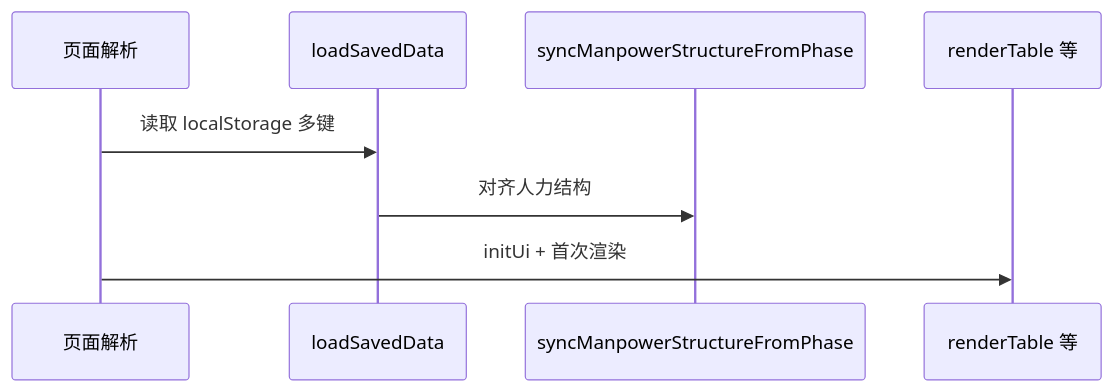
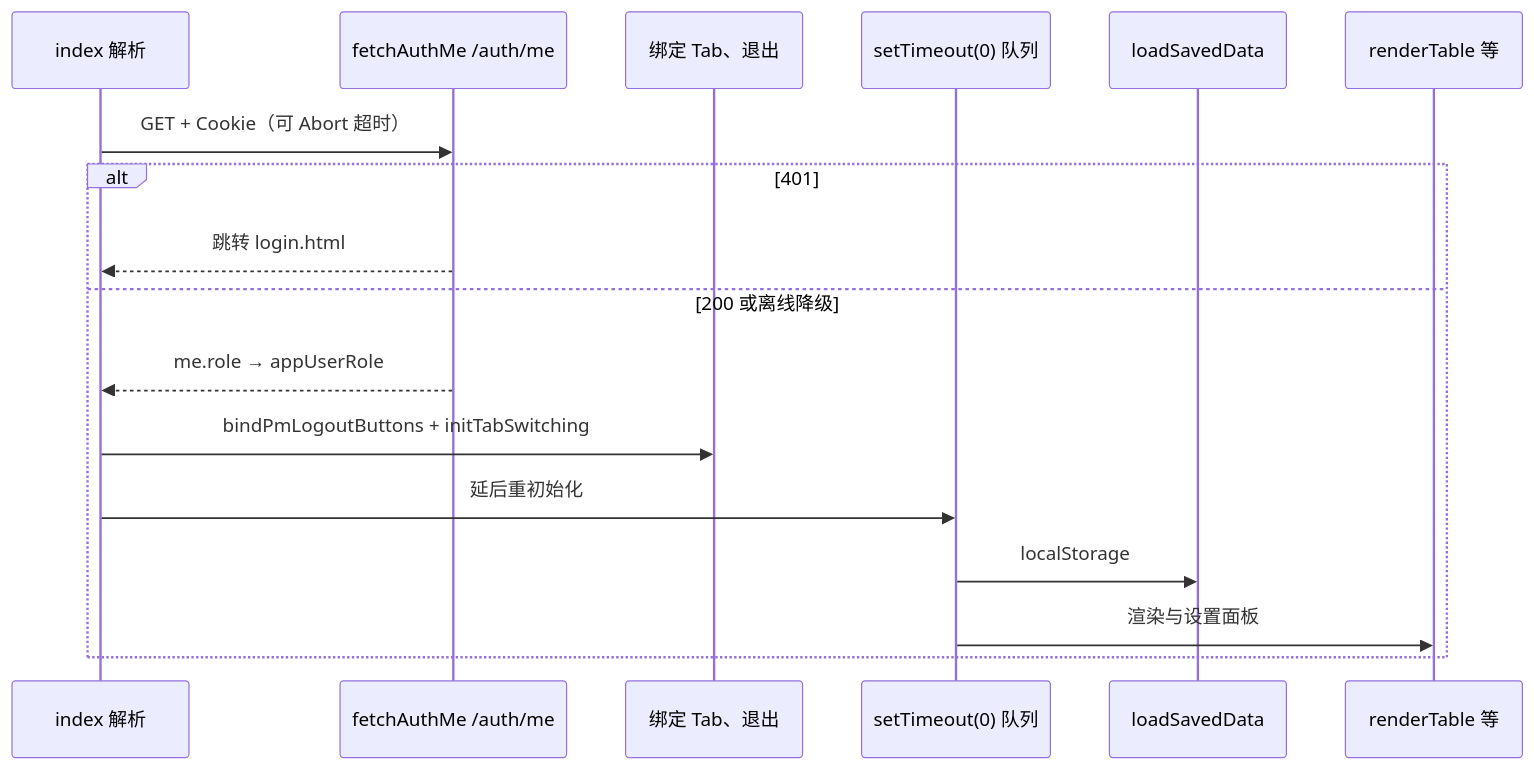
The second of 2 diagrams in docs/技术设计文档-项目管理登记工具.md (sky-ding/test), drawn with Mermaid before and after one commit. The commit also changed other lines of this file and 21 other files, not shown here.

````diff
--- a/docs/技术设计文档-项目管理登记工具.md
+++ b/docs/技术设计文档-项目管理登记工具.md
@@ -123,10 +137,19 @@
 ```mermaid
 sequenceDiagram
-  participant P as 页面解析
+  participant P as index 解析
+  participant A as fetchAuthMe /auth/me
+  participant T as 绑定 Tab、退出
+  participant Q as setTimeout(0) 队列
   participant L as loadSavedData
-  participant S as syncManpowerStructureFromPhase
   participant R as renderTable 等
-  P->>L: 读取 localStorage 多键
-  L->>S: 对齐人力结构
-  P->>R: initUi + 首次渲染
+  P->>A: GET + Cookie（可 Abort 超时）
+  alt 401
+    A-->>P: 跳转 login.html
+  else 200 或离线降级
+    A-->>P: me.role → appUserRole
+    P->>T: bindPmLogoutButtons + initTabSwitching
+    P->>Q: 延后重初始化
+    Q->>L: localStorage
+    Q->>R: 渲染与设置面板
+  end
 ```
````
